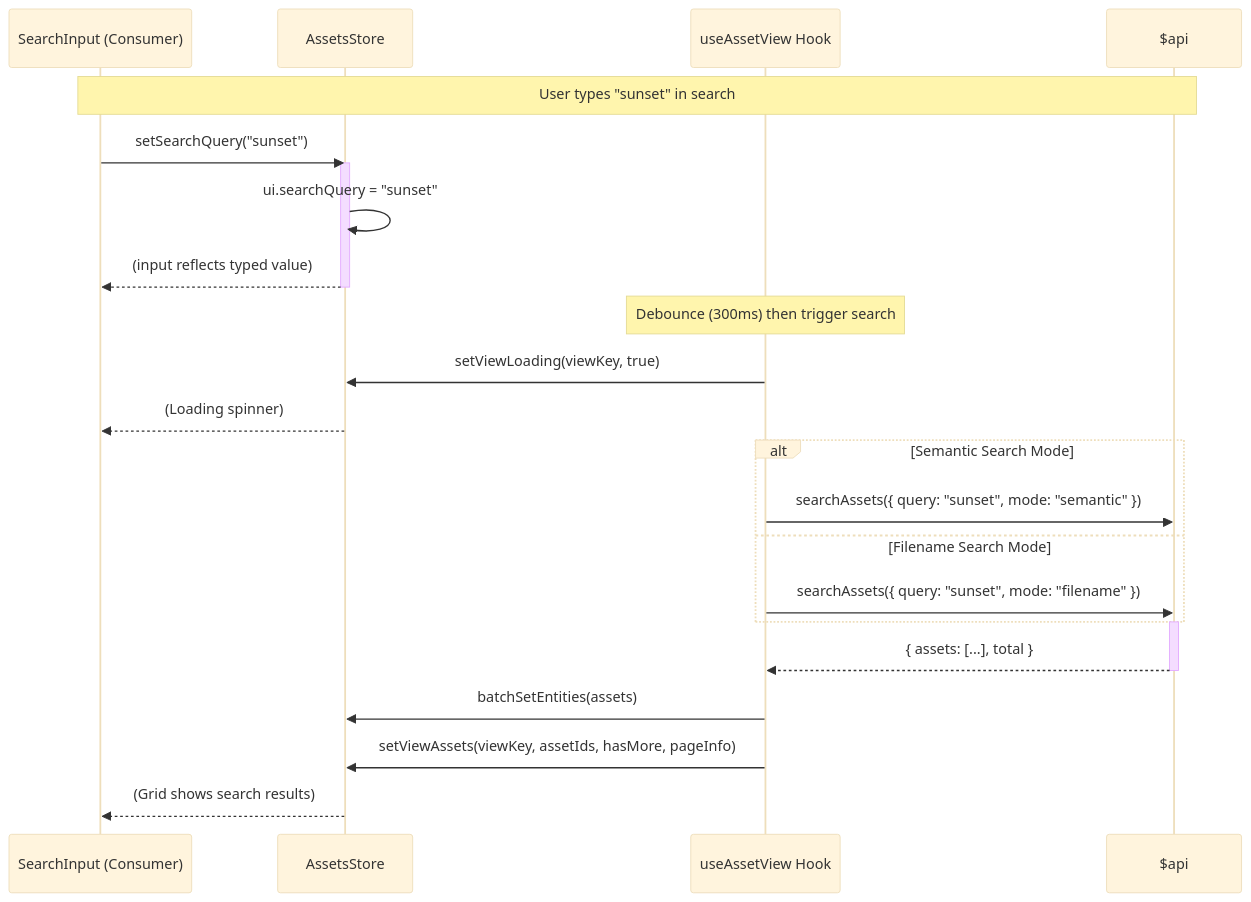
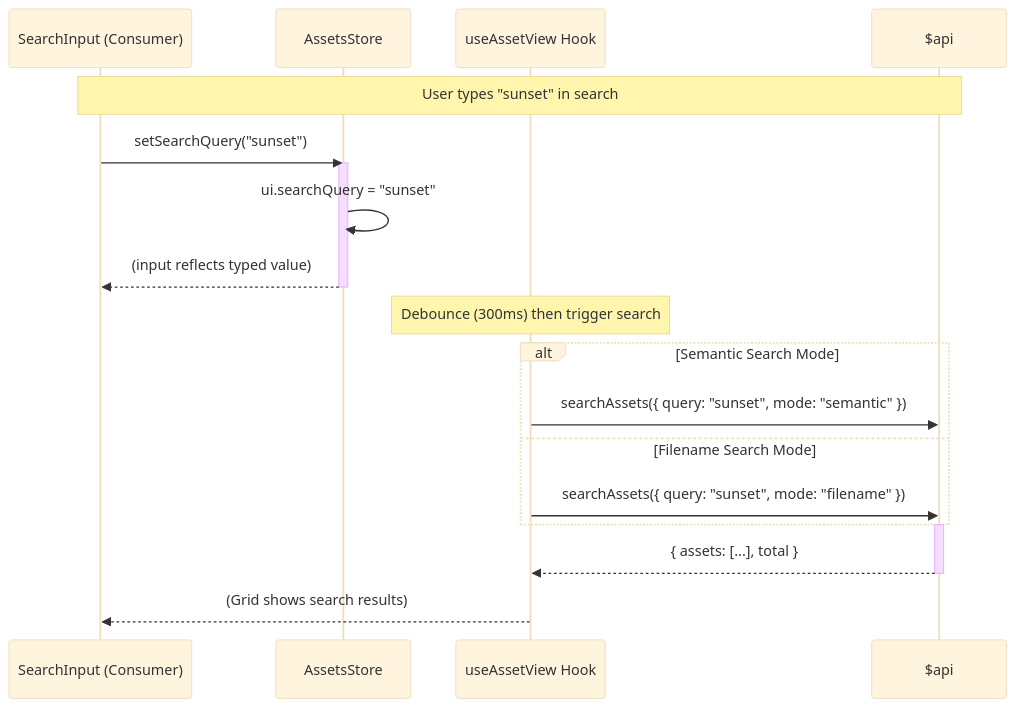
Before and after one commit to EdwinZhanCN/Lumilio-Photos: the second of 5 diagrams in web/src/features/assets/diagram/async-data-flow.md, drawn with Mermaid (base theme). The commit also changed other lines of this file and 30 other files, not shown here.

````diff
--- a/web/src/features/assets/diagram/async-data-flow.md
+++ b/web/src/features/assets/diagram/async-data-flow.md
@@ -50,34 +37,29 @@
 ```mermaid
 sequenceDiagram
     participant UI as SearchInput (Consumer)
     participant Store as AssetsStore
     participant Hook as useAssetView Hook
     participant API as $api
     
     Note over UI, API: User types "sunset" in search
     
     UI->>Store: setSearchQuery("sunset")
     activate Store
     Store->>Store: ui.searchQuery = "sunset"
     Store-->>UI: (input reflects typed value)
     deactivate Store
     
     Note over Hook: Debounce (300ms) then trigger search
     
-    Hook->>Store: setViewLoading(viewKey, true)
-    Store-->>UI: (Loading spinner)
-    
     alt Semantic Search Mode
         Hook->>API: searchAssets({ query: "sunset", mode: "semantic" })
     else Filename Search Mode
         Hook->>API: searchAssets({ query: "sunset", mode: "filename" })
     end
     
     activate API
     API-->>Hook: { assets: [...], total }
     deactivate API
     
-    Hook->>Store: batchSetEntities(assets)
-    Hook->>Store: setViewAssets(viewKey, assetIds, hasMore, pageInfo)
-    Store-->>UI: (Grid shows search results)
+    Hook-->>UI: (Grid shows search results)
 ```
````
